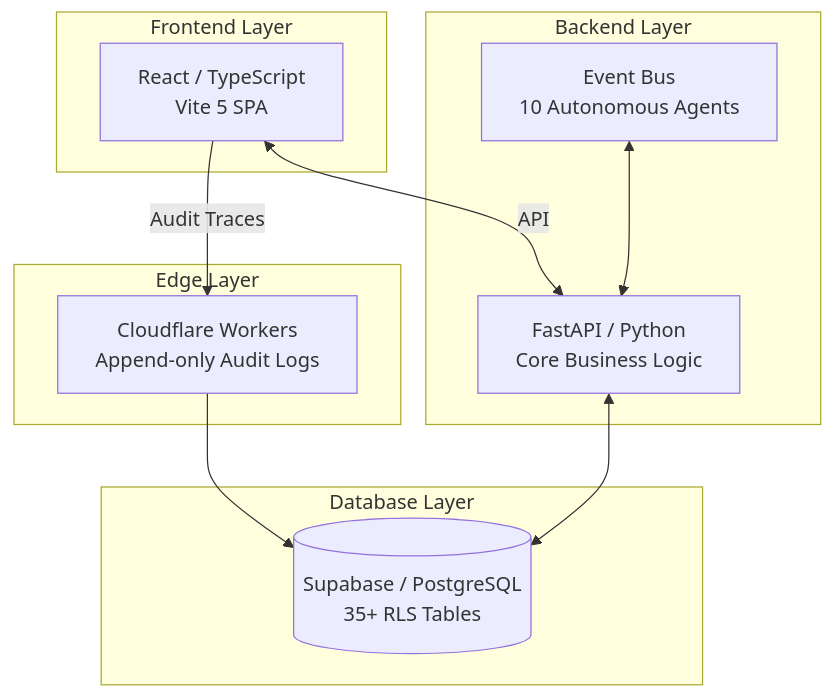
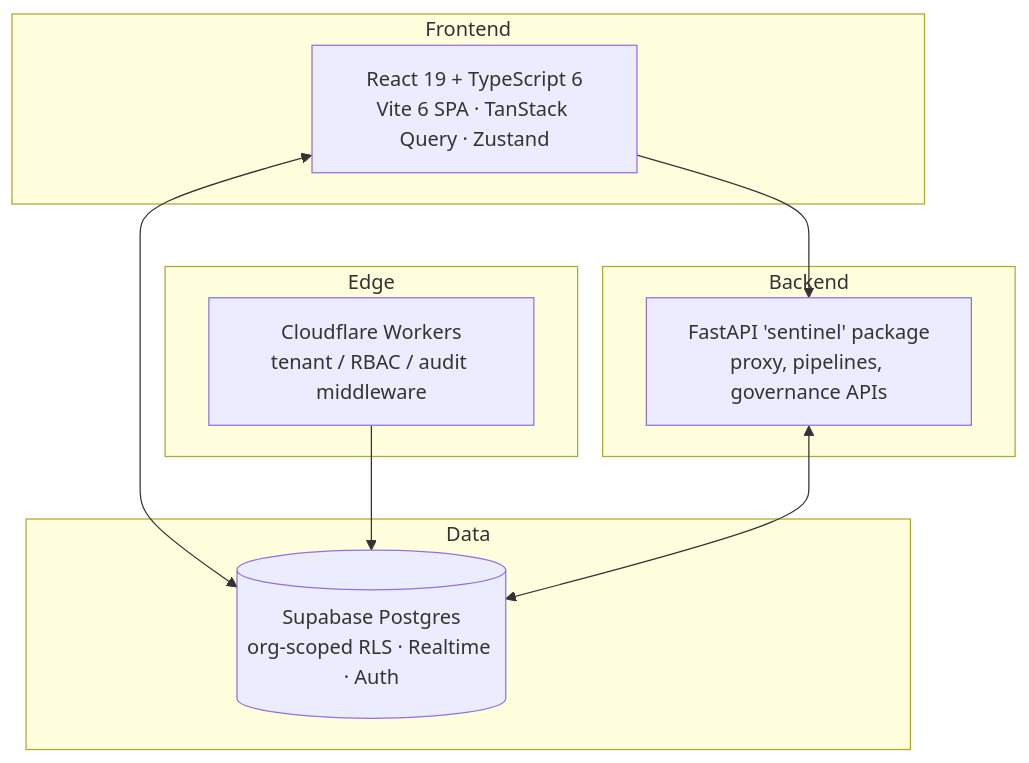
Before and after one commit to CERTIFYI-AI/sentinel: the diagram in README.md, drawn with Mermaid. The commit also changed other lines of this file and 126 other files, not shown here.

````diff
--- a/README.md
+++ b/README.md
@@ -48,25 +56,20 @@
 ```mermaid
 graph TD
-    subgraph Frontend Layer
-        A[React / TypeScript<br/>Vite 5 SPA]
+    subgraph Frontend
+        A[React 19 + TypeScript 6<br/>Vite 6 SPA · TanStack Query · Zustand]
+    end
+    subgraph Edge
+        B[Cloudflare Workers<br/>tenant / RBAC / audit middleware]
+    end
+    subgraph Backend
+        C[FastAPI 'sentinel' package<br/>proxy, pipelines, governance APIs]
+    end
+    subgraph Data
+        E[(Supabase Postgres<br/>org-scoped RLS · Realtime · Auth)]
     end
 
-    subgraph Edge Layer
-        B[Cloudflare Workers<br/>Append-only Audit Logs]
-    end
-
-    subgraph Backend Layer
-        C[FastAPI / Python<br/>Core Business Logic]
-        D[Event Bus<br/>10 Autonomous Agents]
-    end
-
-    subgraph Database Layer
-        E[(Supabase / PostgreSQL<br/>35+ RLS Tables)]
-    end
-
-    A <-->|API| C
-    A -->|Audit Traces| B
+    A <--> E
+    A --> C
     B --> E
     C <--> E
-    D <--> C
 ```
````
